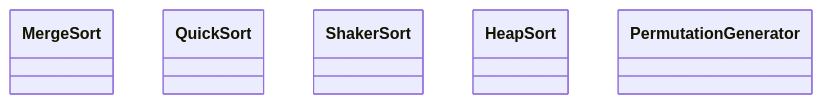
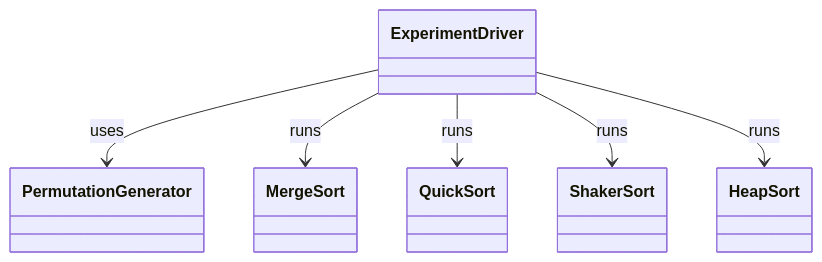
The diagram in docs/UML.md (bshaw50/Programming_Project_1__Algorithm_Performance_PLO-CS-3), drawn with Mermaid before and after one commit.

Commit message:
Update UML diagram with ExperimentDriver relationships
Added relationships between ExperimentDriver and sorting classes in UML diagram.

````diff
--- a/docs/UML.md
+++ b/docs/UML.md
@@ -5,8 +5,15 @@
 ```mermaid
 classDiagram
+    class ExperimentDriver
+    class PermutationGenerator
     class MergeSort
     class QuickSort
     class ShakerSort
     class HeapSort
-    class PermutationGenerator
+
+    ExperimentDriver --> PermutationGenerator : uses
+    ExperimentDriver --> MergeSort : runs
+    ExperimentDriver --> QuickSort : runs
+    ExperimentDriver --> ShakerSort : runs
+    ExperimentDriver --> HeapSort : runs
 ```
````
